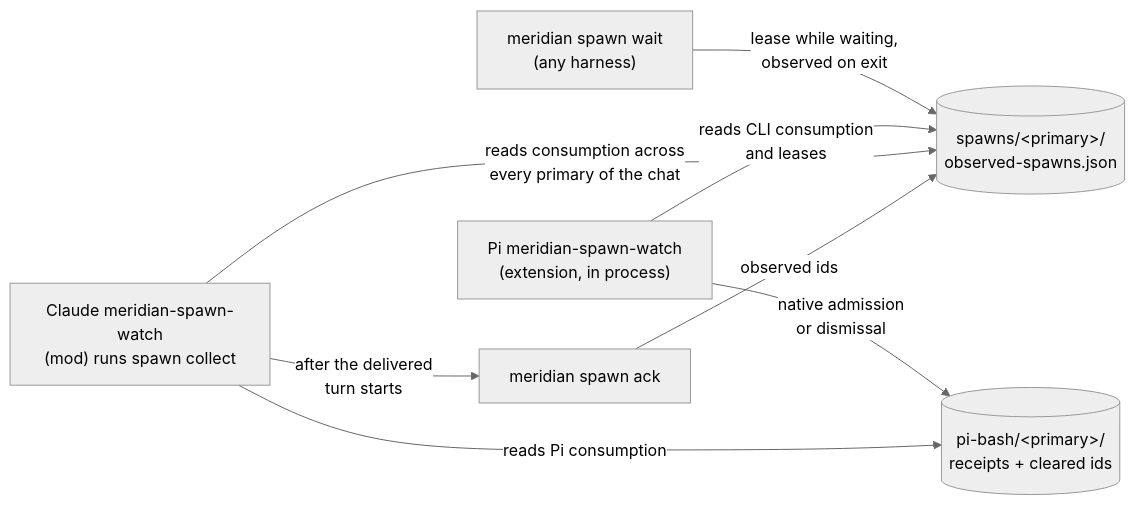
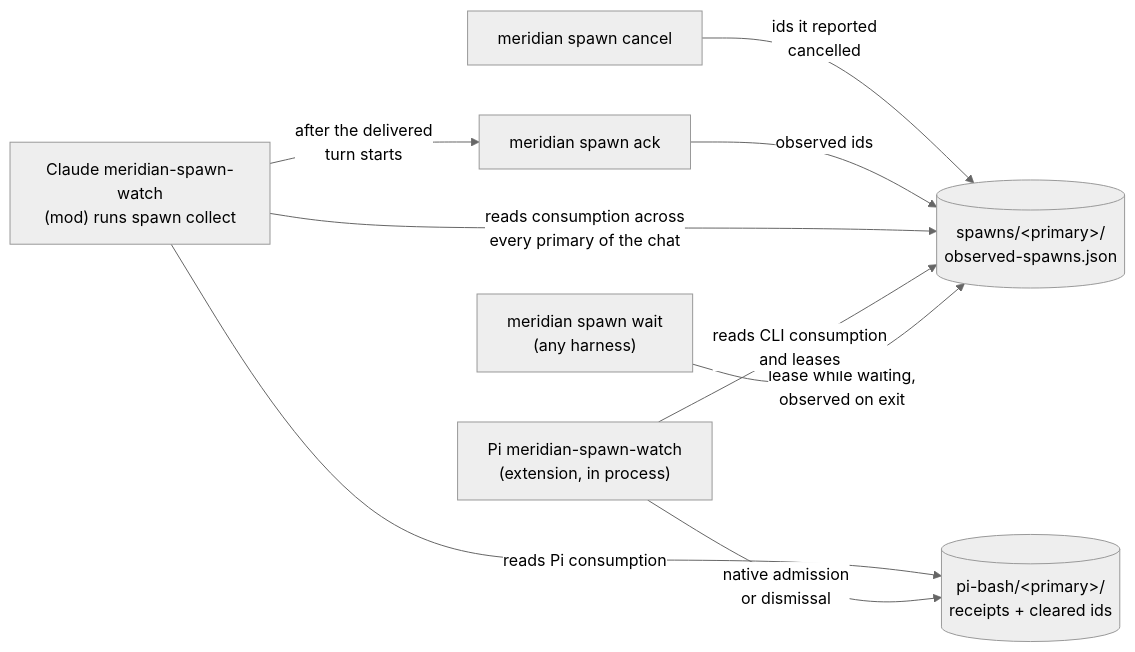
The first of 2 diagrams in kb/concepts/child-result-delivery.md (haowjy/meridian-cli-kb), drawn with Mermaid (neutral theme) before and after one commit. The commit also changed other lines of this file and 2 other files, not shown here.

````diff
--- a/kb/concepts/child-result-delivery.md
+++ b/kb/concepts/child-result-delivery.md
@@ -14,16 +14,18 @@
 ```mermaid
 flowchart LR
     W["meridian spawn wait<br/>(any harness)"]
     P["Pi meridian-spawn-watch<br/>(extension, in process)"]
     C["Claude meridian-spawn-watch<br/>(mod) runs spawn collect"]
     A["meridian spawn ack"]
+    X["meridian spawn cancel"]
     O[("spawns/&lt;primary&gt;/<br/>observed-spawns.json")]
     R[("pi-bash/&lt;primary&gt;/<br/>receipts + cleared ids")]
     W -- "lease while waiting,<br/>observed on exit" --> O
     P -- "reads CLI consumption<br/>and leases" --> O
     P -- "native admission<br/>or dismissal" --> R
     C -- "reads consumption across<br/>every primary of the chat" --> O
     C -- "reads Pi consumption" --> R
     C -- "after the delivered<br/>turn starts" --> A
     A -- "observed ids" --> O
+    X -- "ids it reported<br/>cancelled" --> O
 ```
````
